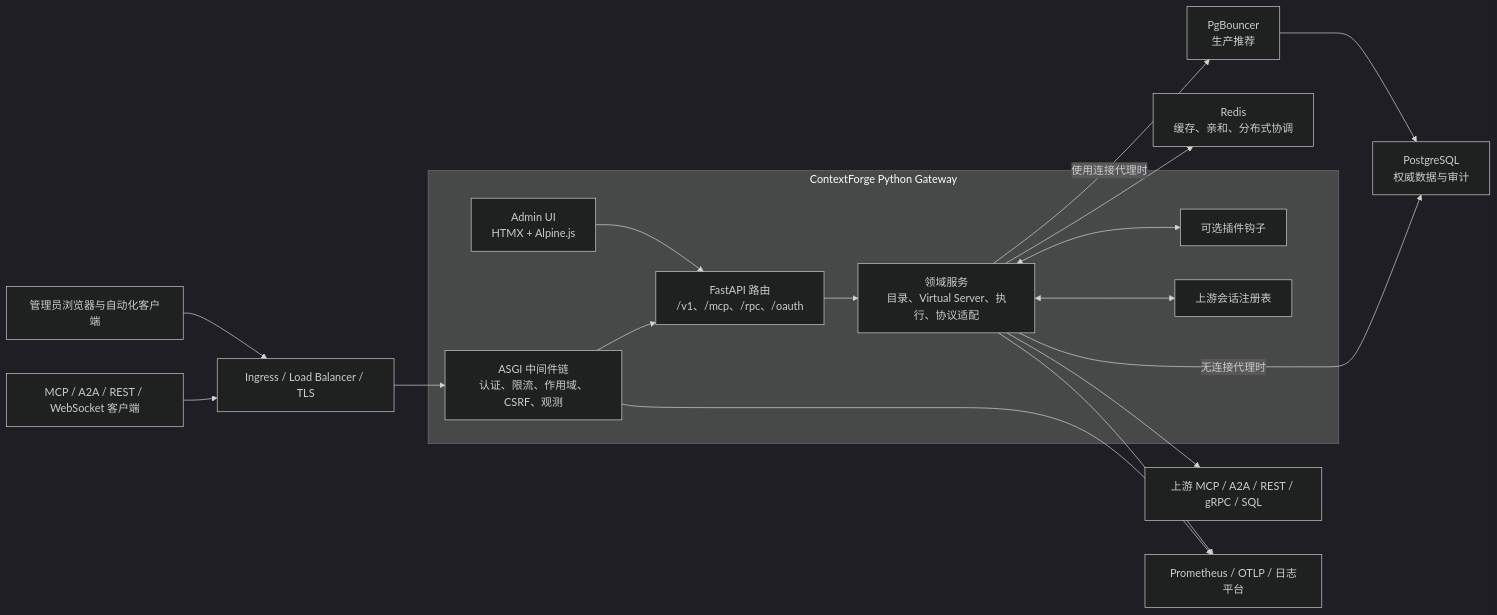
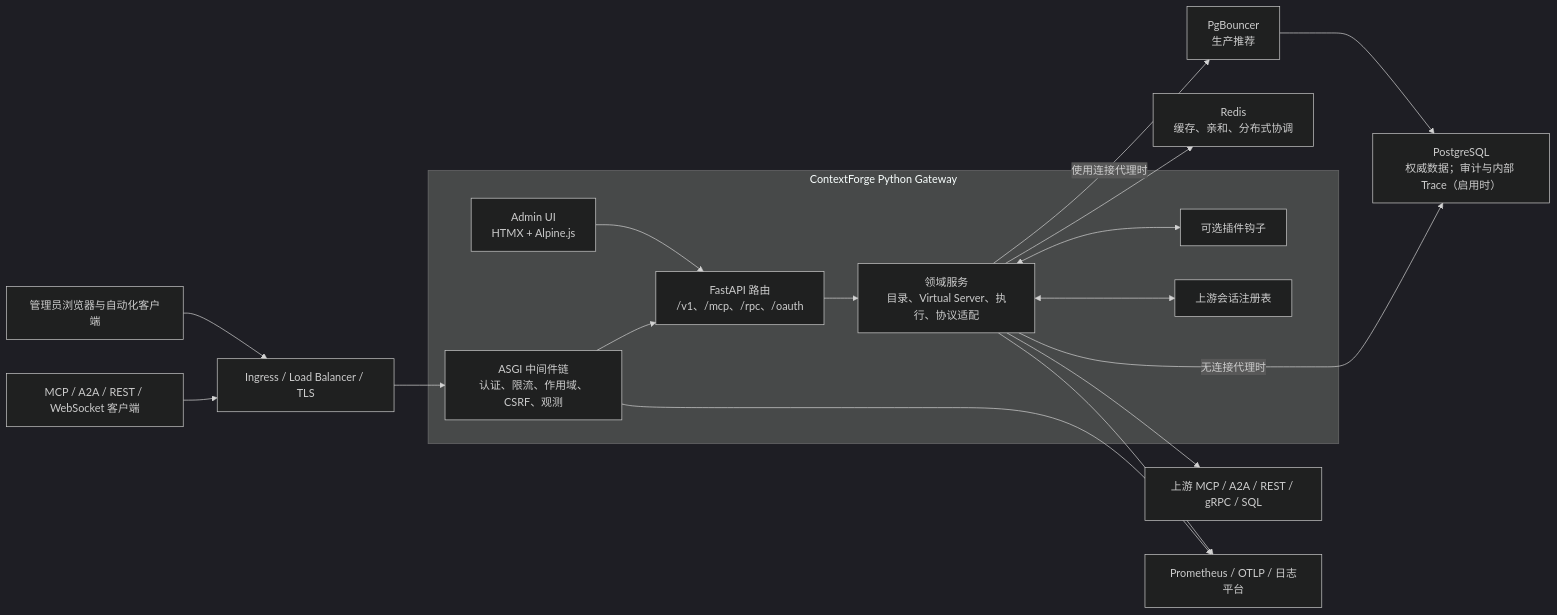
Before and after one commit to IBM/mcp-context-forge: the first of 5 diagrams in docs/docs/architecture/current-technical-solution-zh.md, drawn with Mermaid (dark theme). The commit also changed other lines of this file and 5 other files, not shown here.

````diff
--- a/docs/docs/architecture/current-technical-solution-zh.md
+++ b/docs/docs/architecture/current-technical-solution-zh.md
@@ -69,27 +70,27 @@
 ```mermaid
 flowchart LR
     C["MCP / A2A / REST / WebSocket 客户端"] --> E["Ingress / Load Balancer / TLS"]
     A["管理员浏览器与自动化客户端"] --> E
 
     subgraph G["ContextForge Python Gateway"]
         MW["ASGI 中间件链\n认证、限流、作用域、CSRF、观测"]
         API["FastAPI 路由\n/v1、/mcp、/rpc、/oauth"]
         SVC["领域服务\n目录、Virtual Server、执行、协议适配"]
         PLG["可选插件钩子"]
         UI["Admin UI\nHTMX + Alpine.js"]
         SES["上游会话注册表"]
         MW --> API --> SVC
         UI --> API
         SVC <--> PLG
         SVC <--> SES
     end
 
     E --> MW
-    SVC -->|"无连接代理时"| PG["PostgreSQL\n权威数据与审计"]
+    SVC -->|"无连接代理时"| PG["PostgreSQL\n权威数据；审计与内部 Trace（启用时）"]
     SVC --> RD["Redis\n缓存、亲和、分布式协调"]
     SVC -->|"使用连接代理时"| PB["PgBouncer\n生产推荐"]
     PB --> PG
     SVC --> UP["上游 MCP / A2A / REST / gRPC / SQL"]
     MW --> OBS["Prometheus / OTLP / 日志平台"]
     SVC --> OBS
 ```
````
